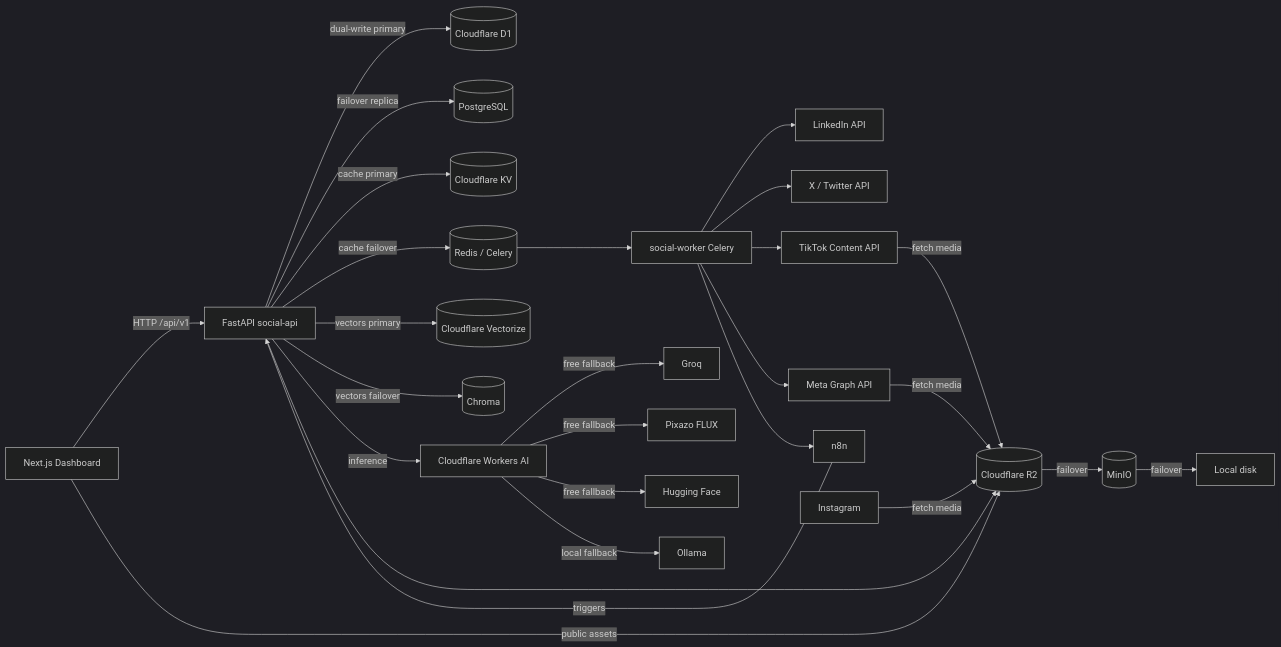
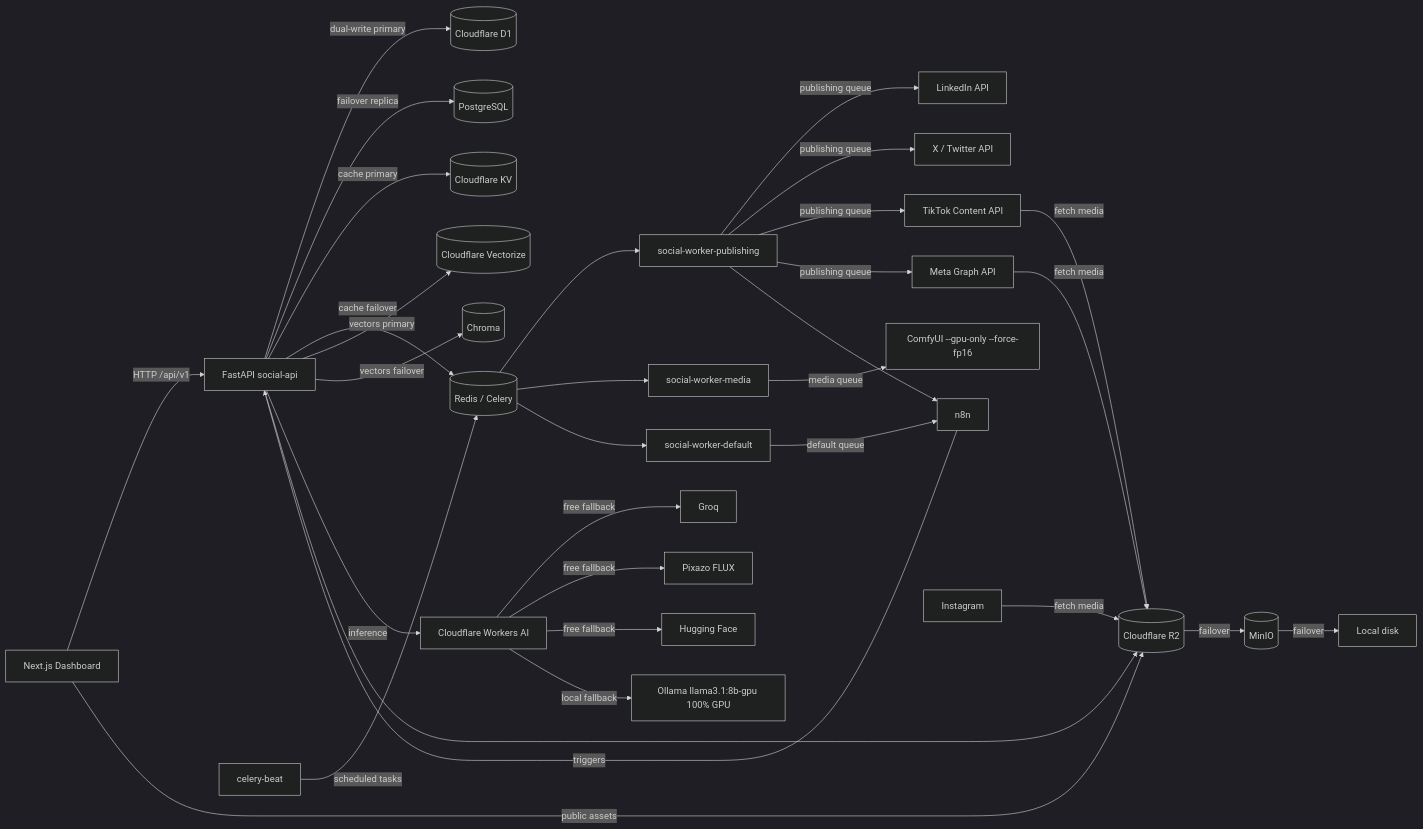
The first of 16 diagrams in docs/superpowers/plans/plan-e6a92ed66b9dca4a.md (Themis128/cu130-slim), drawn with Mermaid (dark theme) before and after one commit. The commit also changed other lines of this file, not shown here.

Commit message:
docs: update architecture diagrams with split Celery workers and GPU-optimized services
Replace single social-worker with three queue-dedicated workers (publishing, media, default) and celery-beat scheduler in system architecture diagram. Add ComfyUI --gpu-only --force-fp16 flags to media worker path. Update Ollama references to llama3.1:8b-gpu with 100% GPU offload and q8_0 KV cache quantization in both system and AI fallback chain diagrams.

````diff
--- a/docs/superpowers/plans/plan-e6a92ed66b9dca4a.md
+++ b/docs/superpowers/plans/plan-e6a92ed66b9dca4a.md
@@ -166,29 +166,34 @@
 ```mermaid
 flowchart LR
     User[Next.js Dashboard] -->|HTTP /api/v1| FastAPI[FastAPI social-api]
     FastAPI -->|dual-write primary| D1[(Cloudflare D1)]
     FastAPI -->|failover replica| Postgres[(PostgreSQL)]
     FastAPI -->|cache primary| KV[(Cloudflare KV)]
     FastAPI -->|cache failover| Redis[(Redis / Celery)]
     FastAPI -->|vectors primary| Vec[(Cloudflare Vectorize)]
     FastAPI -->|vectors failover| Chroma[(Chroma)]
     FastAPI -->|inference| WorkersAI[Cloudflare Workers AI]
     WorkersAI -->|free fallback| Groq[Groq]
     WorkersAI -->|free fallback| Pixazo[Pixazo FLUX]
     WorkersAI -->|free fallback| HF[Hugging Face]
-    WorkersAI -->|local fallback| Ollama[Ollama]
+    WorkersAI -->|local fallback| Ollama[Ollama llama3.1:8b-gpu 100% GPU]
     FastAPI --> R2[(Cloudflare R2)]
     R2 -->|failover| MinIO[(MinIO)]
     MinIO -->|failover| Disk[Local disk]
-    Redis --> Worker[social-worker Celery]
-    Worker --> LinkedIn[LinkedIn API]
-    Worker --> Twitter[X / Twitter API]
-    Worker --> TikTok[TikTok Content API]
-    Worker --> Meta[Meta Graph API]
+    Redis --> WPub[social-worker-publishing]
+    Redis --> WMedia[social-worker-media]
+    Redis --> WDefault[social-worker-default]
+    Beat[celery-beat] -->|scheduled tasks| Redis
+    WPub -->|publishing queue| LinkedIn[LinkedIn API]
+    WPub -->|publishing queue| Twitter[X / Twitter API]
+    WPub -->|publishing queue| TikTok[TikTok Content API]
+    WPub -->|publishing queue| Meta[Meta Graph API]
+    WMedia -->|media queue| ComfyUI[ComfyUI --gpu-only --force-fp16]
+    WDefault -->|default queue| n8n
     n8n -->|triggers| FastAPI
-    Worker --> n8n
+    WPub --> n8n
     User -->|public assets| R2
     Meta -->|fetch media| R2
     TikTok -->|fetch media| R2
     Instagram -->|fetch media| R2
 ```
````
